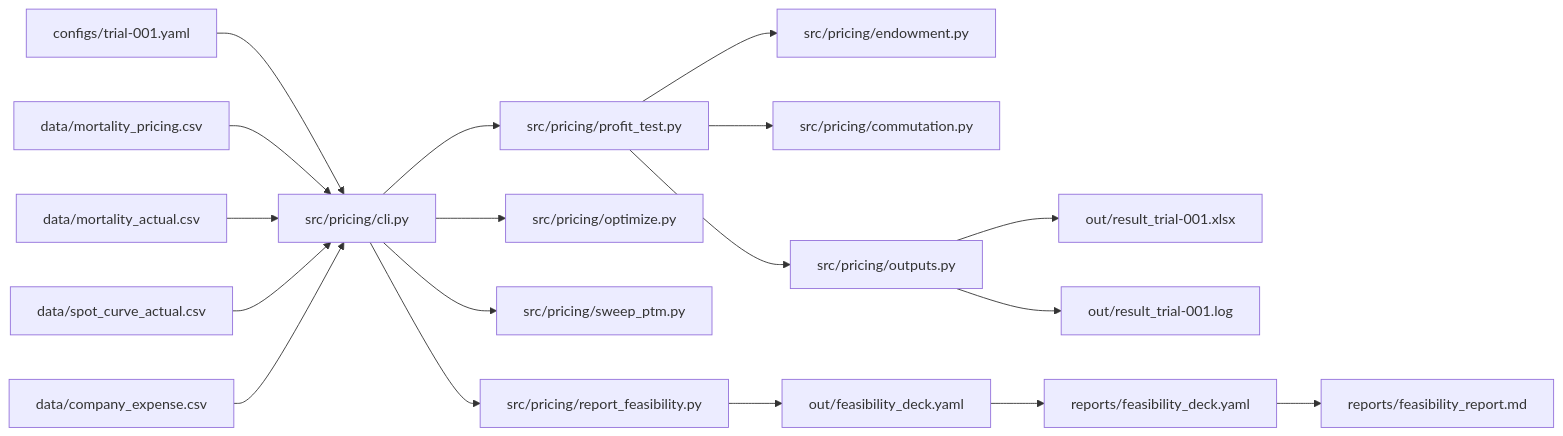
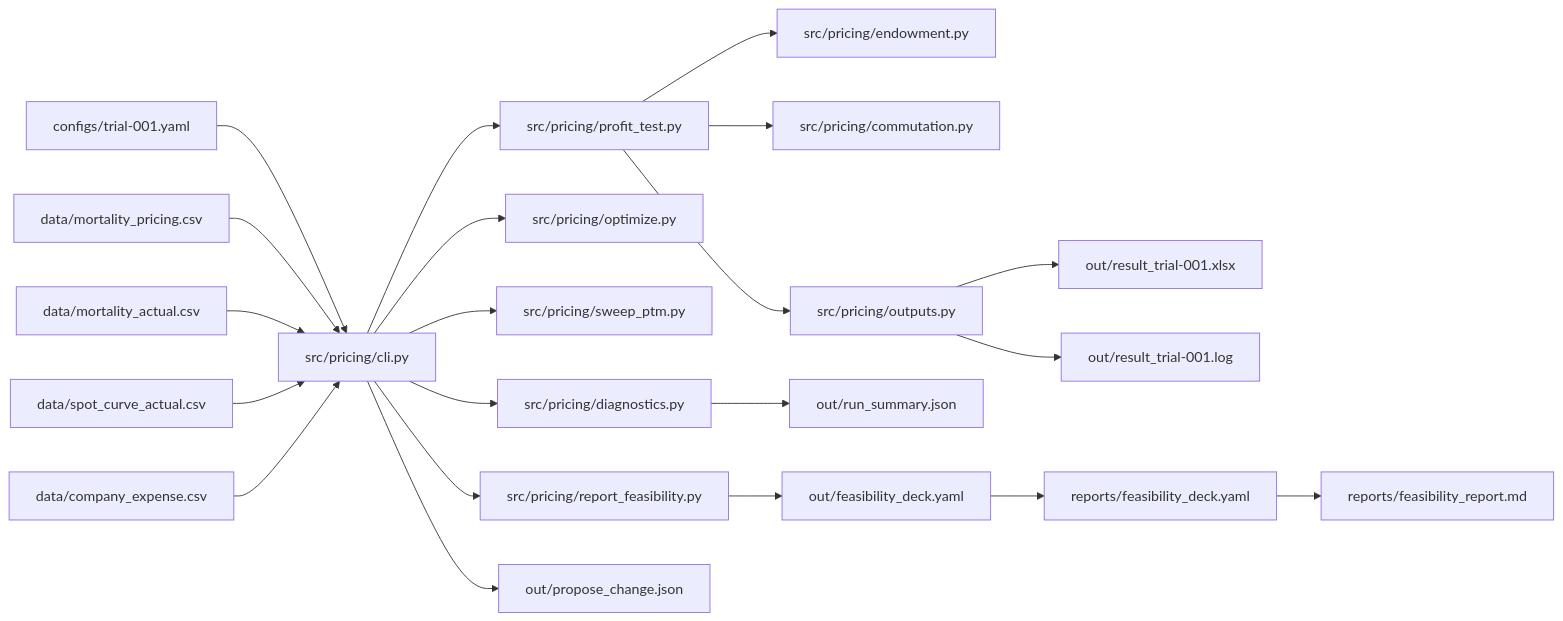
One commit to otacake/pricing-automation changed the first of 2 diagrams in README.md. Above: the diagram before and after it, drawn with Mermaid. The commit also changed other lines of this file and 6 other files, not shown here.

````diff
--- a/README.md
+++ b/README.md
@@ -149,24 +162,27 @@
 ```mermaid
 flowchart LR
   Config[configs/trial-001.yaml] --> CLI[src/pricing/cli.py]
   MortalityP[data/mortality_pricing.csv] --> CLI
   MortalityA[data/mortality_actual.csv] --> CLI
   Spot[data/spot_curve_actual.csv] --> CLI
   Company[data/company_expense.csv] --> CLI
 
   CLI --> Profit[src/pricing/profit_test.py]
   CLI --> Optimize[src/pricing/optimize.py]
   CLI --> Sweep[src/pricing/sweep_ptm.py]
   CLI --> Report[src/pricing/report_feasibility.py]
+  CLI --> Diagnostics[src/pricing/diagnostics.py]
 
   Profit --> Endowment[src/pricing/endowment.py]
   Profit --> Commutation[src/pricing/commutation.py]
   Profit --> Outputs[src/pricing/outputs.py]
 
   Outputs --> Xlsx[out/result_trial-001.xlsx]
   Outputs --> Log[out/result_trial-001.log]
+  Diagnostics --> RunSummary[out/run_summary.json]
+  CLI --> ProposeOut[out/propose_change.json]
 
   Report --> Deck[out/feasibility_deck.yaml]
   Deck --> ReportsDeck[reports/feasibility_deck.yaml]
   ReportsDeck --> ReportsMd[reports/feasibility_report.md]
 ```
````
